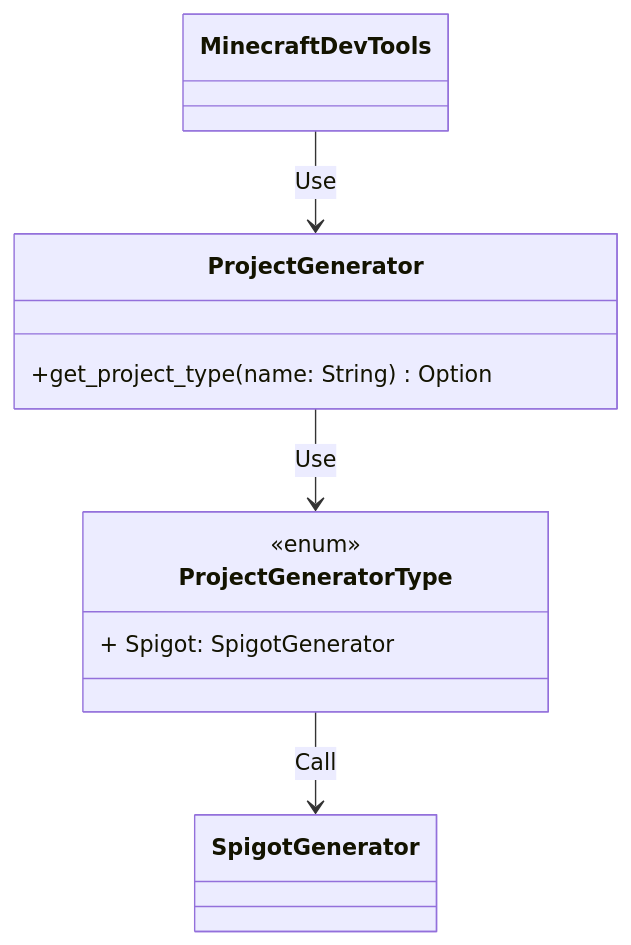
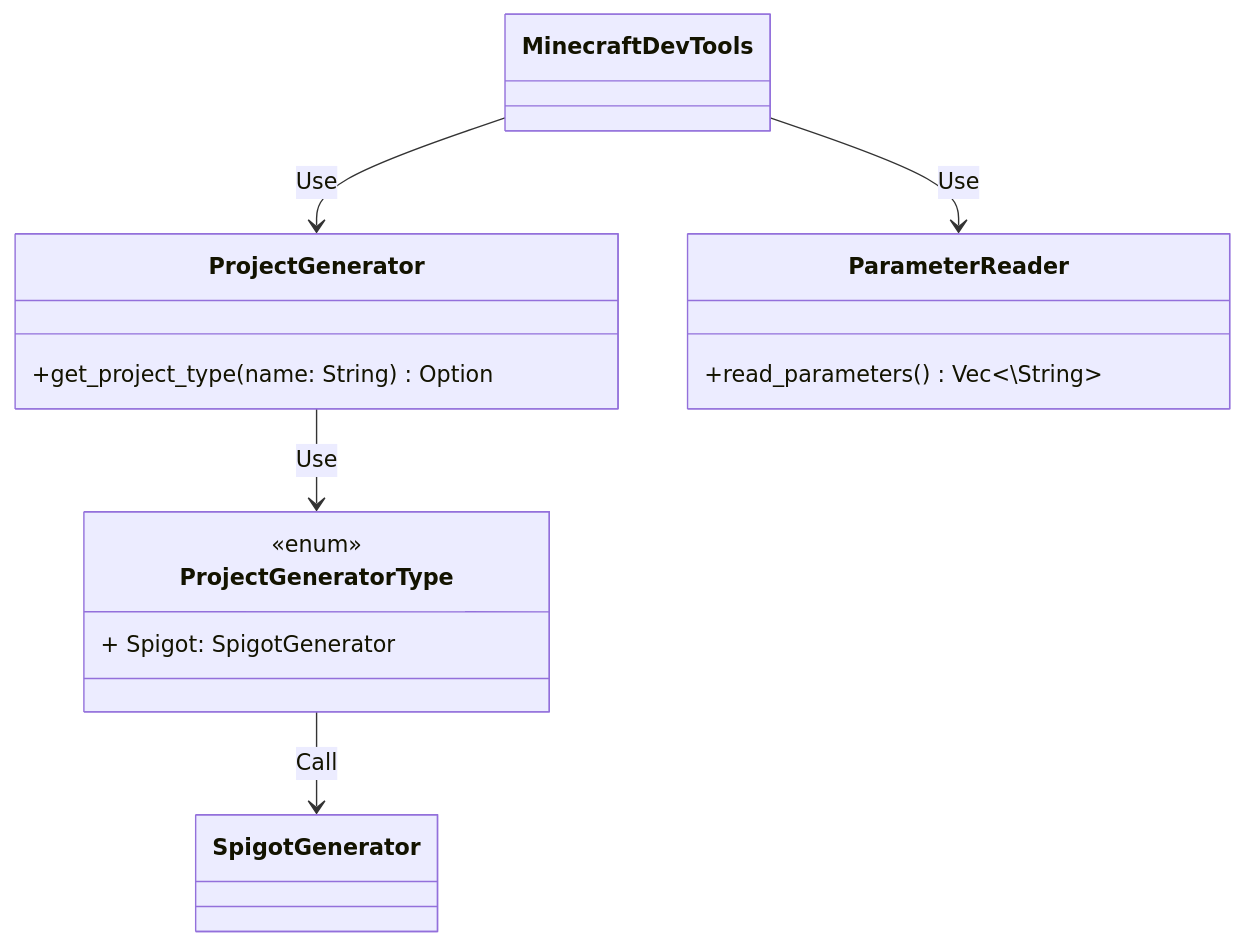
The diagram in docs/design.md (Swymn/MinecraftDevTool), drawn with Mermaid before and after one commit. The commit also changed 6 other files, not shown here.

````diff
--- a/docs/design.md
+++ b/docs/design.md
@@ -9,15 +9,20 @@
 ```mermaid
 	classDiagram
 	class ProjectGenerator {
 		+get_project_type(name: String) Option<ProjectGenertorType>
 	}
+	
+	class ParameterReader {
+        +read_parameters() Vec<\String\>
+    }
 
 	class ProjectGeneratorType {
 		<<enum>>
 		+ Spigot: SpigotGenerator
 	}
 	
 	MinecraftDevTools --> ProjectGenerator : Use
+	MinecraftDevTools --> ParameterReader : Use
     ProjectGenerator --> ProjectGeneratorType : Use
     ProjectGeneratorType --> SpigotGenerator : Call
 ```
````
